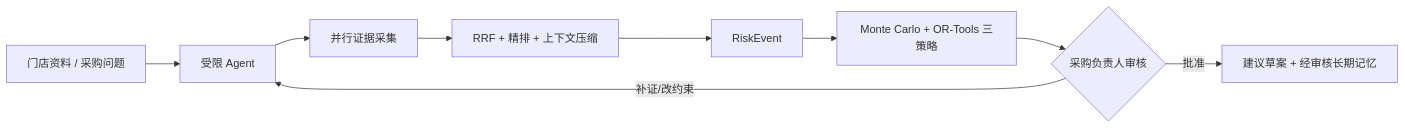
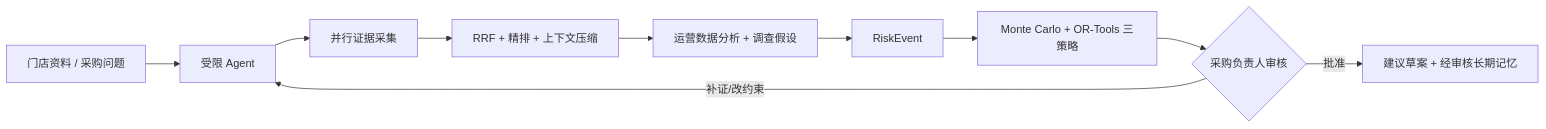
One commit to zjm1111/storeflow-agent changed the diagram in README.md. Above: the diagram before and after it, drawn with Mermaid. The commit also changed other lines of this file and 14 other files, not shown here.

````diff
--- a/README.md
+++ b/README.md
@@ -11,11 +11,12 @@
 ```mermaid
 flowchart LR
   A[门店资料 / 采购问题] --> B[受限 Agent]
   B --> C[并行证据采集]
   C --> D[RRF + 精排 + 上下文压缩]
-  D --> E[RiskEvent]
-  E --> F[Monte Carlo + OR-Tools 三策略]
-  F --> G{采购负责人审核}
-  G -->|批准| H[建议草案 + 经审核长期记忆]
-  G -->|补证/改约束| B
+  D --> E[运营数据分析 + 调查假设]
+  E --> F[RiskEvent]
+  F --> G[Monte Carlo + OR-Tools 三策略]
+  G --> H{采购负责人审核}
+  H -->|批准| I[建议草案 + 经审核长期记忆]
+  H -->|补证/改约束| B
 ```
````
